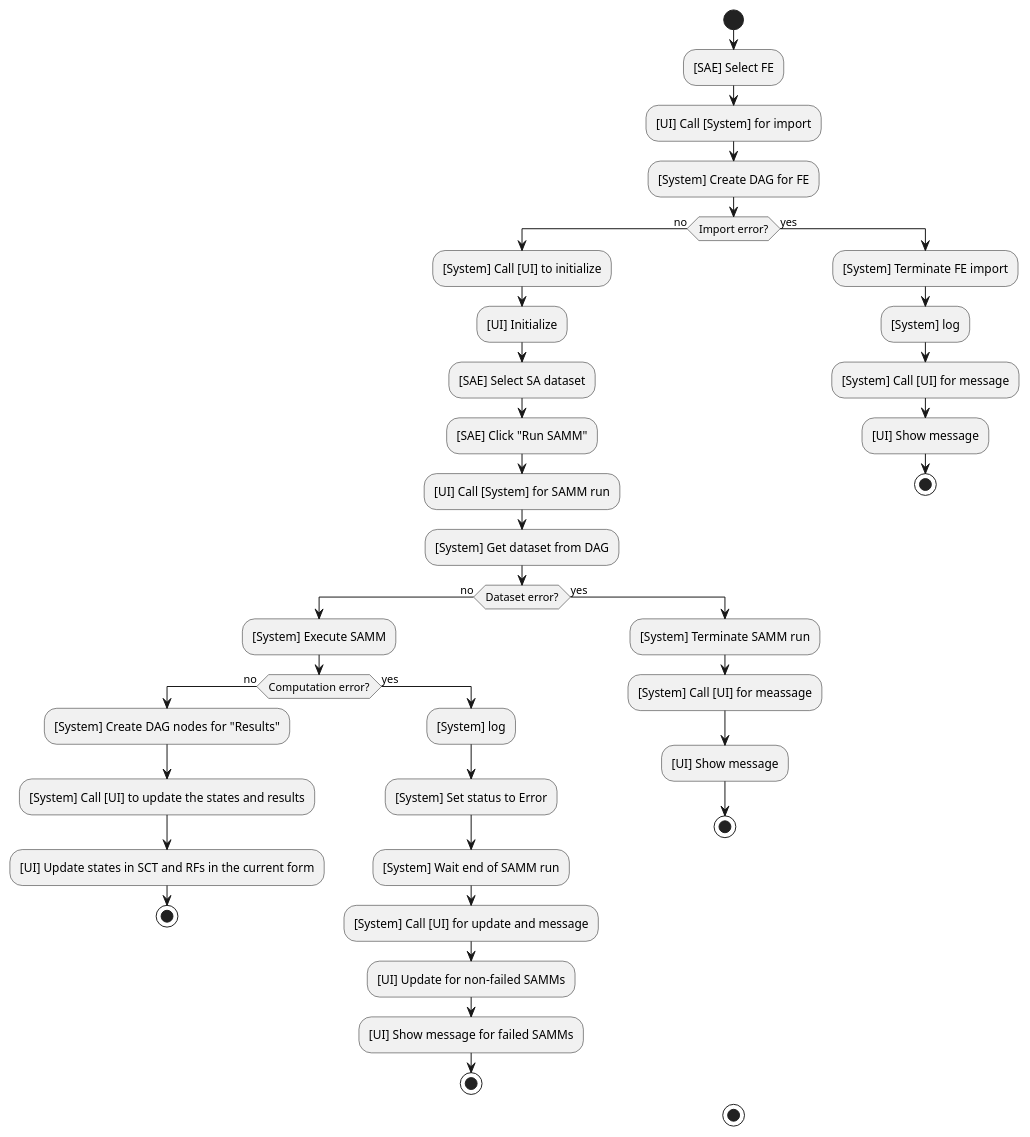
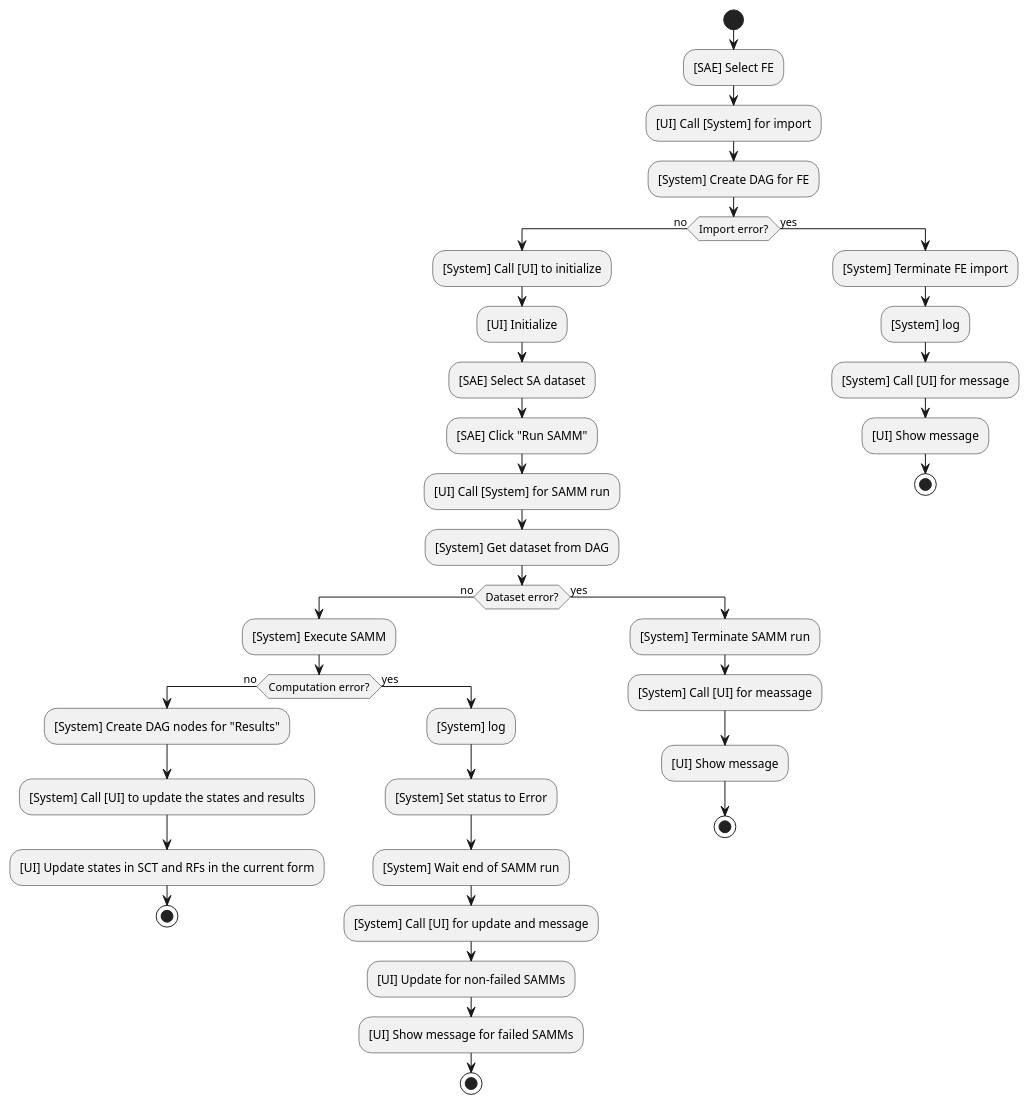
The diagram in uml/UC_01.puml (BarisAlbayrakIEEE/StructuralAnalysis), drawn with PlantUML before and after one commit. The commit also changed 1 other file, not shown here.

```diff
--- a/uml/UC_01.puml
+++ b/uml/UC_01.puml
@@ -1,49 +1,47 @@
 @startuml UC_01
 
 start
 :[SAE] Select FE;
 :[UI] Call [System] for import;
 :[System] Create DAG for FE;
 
 if (Import error?) then (no)
   :[System] Call [UI] to initialize;
   :[UI] Initialize;
   :[SAE] Select SA dataset;
   :[SAE] Click "Run SAMM";
   :[UI] Call [System] for SAMM run;
   :[System] Get dataset from DAG;
 
   if (Dataset error?) then (no)
     :[System] Execute SAMM;
 
     if (Computation error?) then (no)
       :[System] Create DAG nodes for "Results";
       :[System] Call [UI] to update the states and results;
       :[UI] Update states in SCT and RFs in the current form;
       stop
     else (yes)
       :[System] log;
       :[System] Set status to Error;
       :[System] Wait end of SAMM run;
       :[System] Call [UI] for update and message;
       :[UI] Update for non-failed SAMMs;
       :[UI] Show message for failed SAMMs;
       stop
     endif
   else (yes)
     :[System] Terminate SAMM run;
     :[System] Call [UI] for meassage;
     :[UI] Show message;
     stop
   endif
 else (yes)
   :[System] Terminate FE import;
   :[System] log;
   :[System] Call [UI] for message;
   :[UI] Show message;
   stop
 endif
 
-stop
-
 @enduml
```
